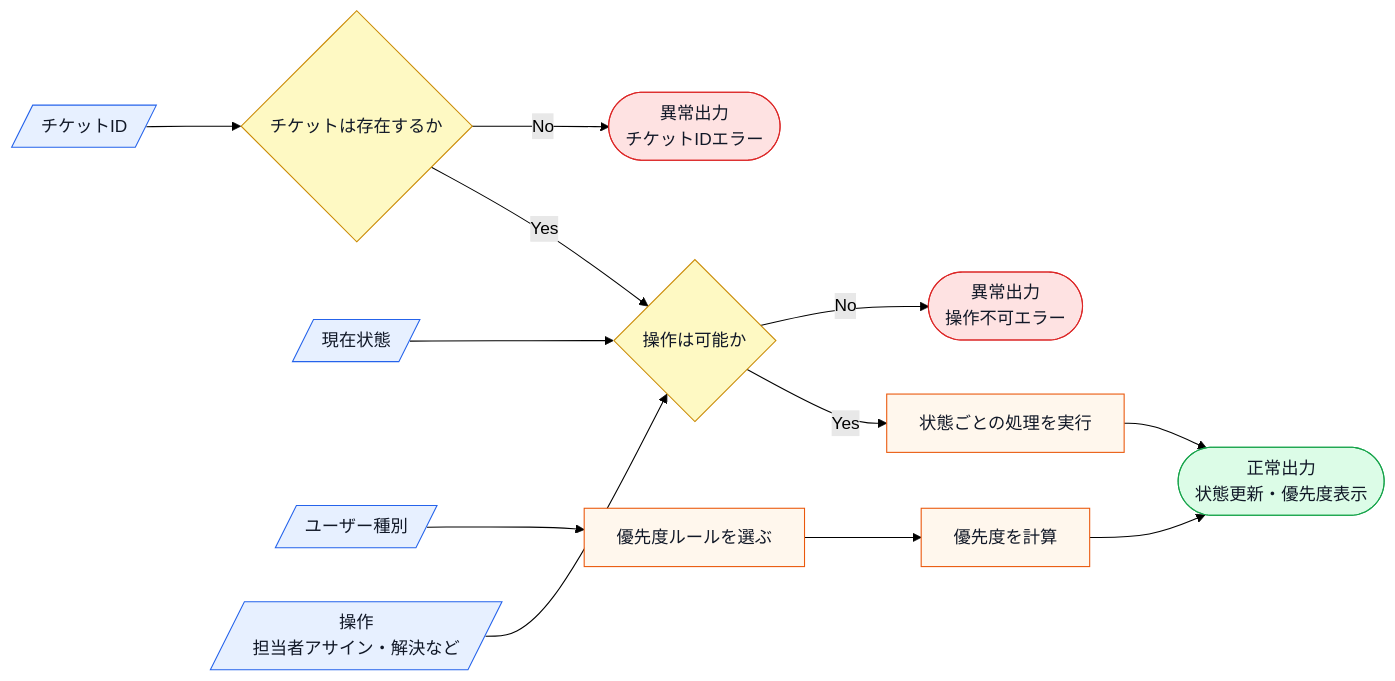
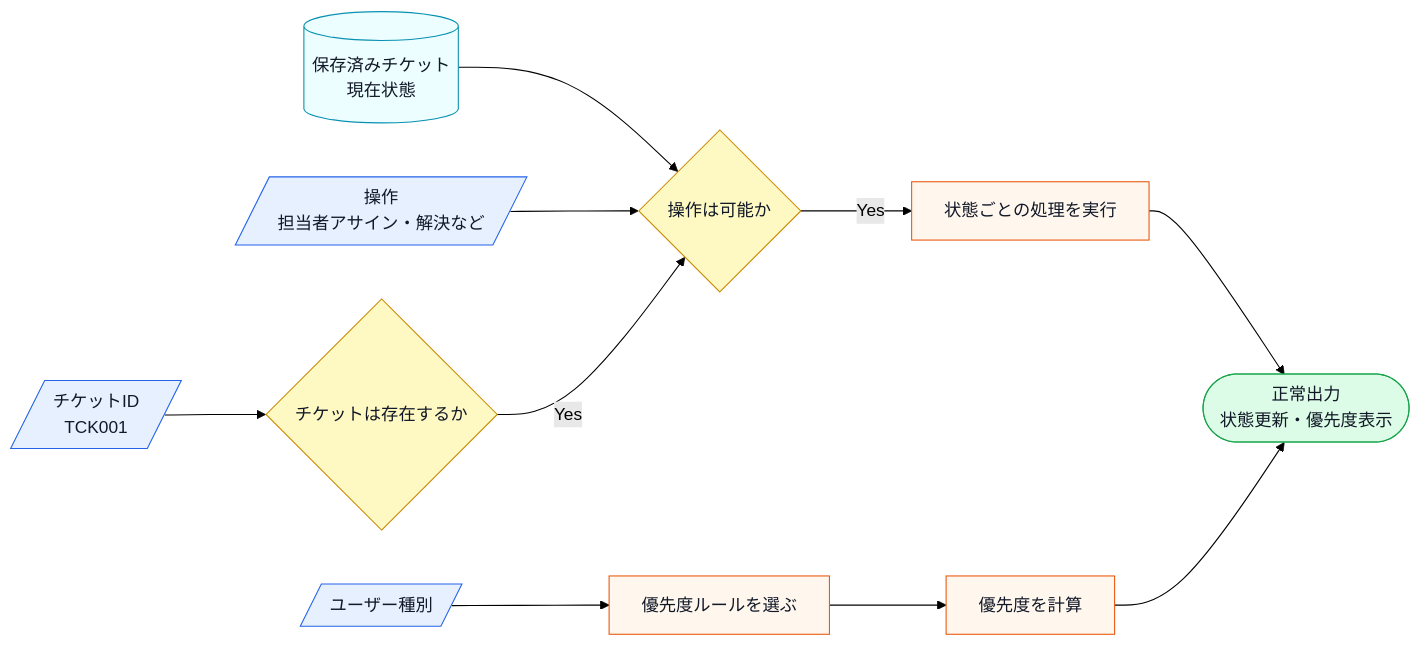
The second of 14 diagrams in kindle/design-patterns/output/chapter09_2.md (kumachan1101-pixel/DesignPattern), drawn with Mermaid (forest theme) before and after one commit. The commit also changed other lines of this file and 11 other files, not shown here.

Commit message:
docs: 残タスクの仕様図と外部境界を全章反映

````diff
--- a/kindle/design-patterns/output/chapter09_2.md
+++ b/kindle/design-patterns/output/chapter09_2.md
@@ -44,20 +65,18 @@
 ```mermaid
 flowchart LR
-    A[/チケットID/]:::input --> B{チケットは存在するか}:::decision
-    C[/現在状態/]:::input --> D{操作は可能か}:::decision
+    A[/チケットID<br>TCK001/]:::input --> B{チケットは存在するか}:::decision
+    C[(保存済みチケット<br>現在状態)]:::data --> D{操作は可能か}:::decision
     E[/ユーザー種別/]:::input --> F[優先度ルールを選ぶ]:::process
     G[/操作<br>担当者アサイン・解決など/]:::input --> D
     B -->|Yes| D
     D -->|Yes| H[状態ごとの処理を実行]:::process
     F --> I[優先度を計算]:::process
     H --> J([正常出力<br>状態更新・優先度表示]):::normal
     I --> J
-    B -->|No| K([異常出力<br>チケットIDエラー]):::error
-    D -->|No| L([異常出力<br>操作不可エラー]):::error
 
+    classDef data fill:#ecfeff,stroke:#0891b2,color:#111827;
     classDef input fill:#e7f0ff,stroke:#2563eb,color:#111827;
     classDef process fill:#fff7ed,stroke:#ea580c,color:#111827;
     classDef decision fill:#fef9c3,stroke:#ca8a04,color:#111827;
     classDef normal fill:#dcfce7,stroke:#16a34a,color:#111827;
-    classDef error fill:#fee2e2,stroke:#dc2626,color:#111827;
 ```
````
